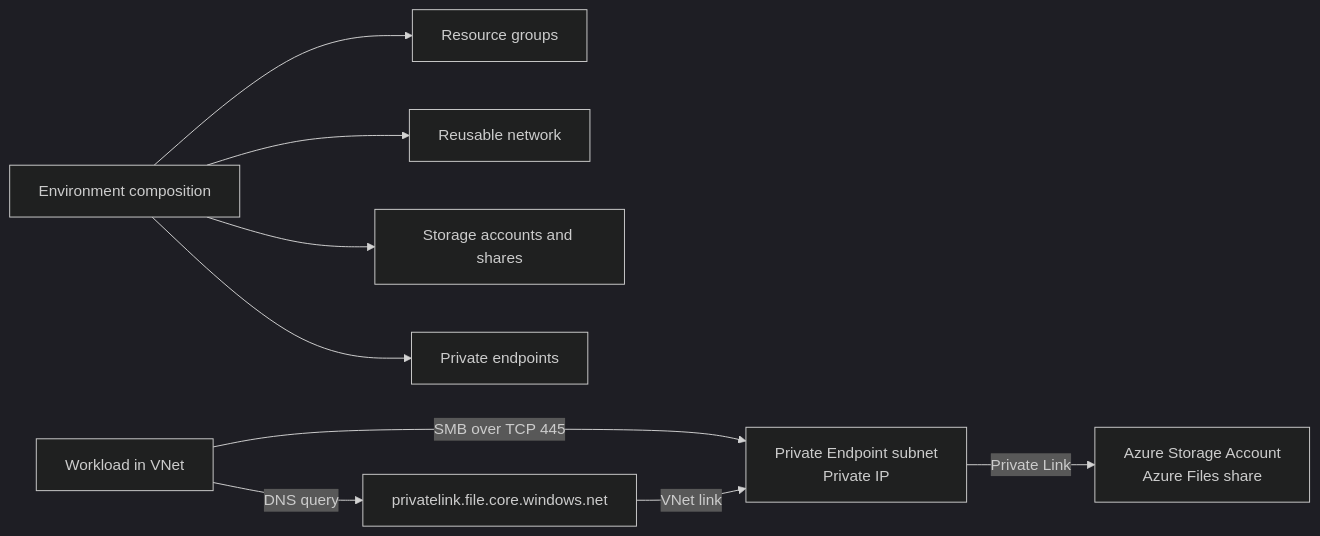
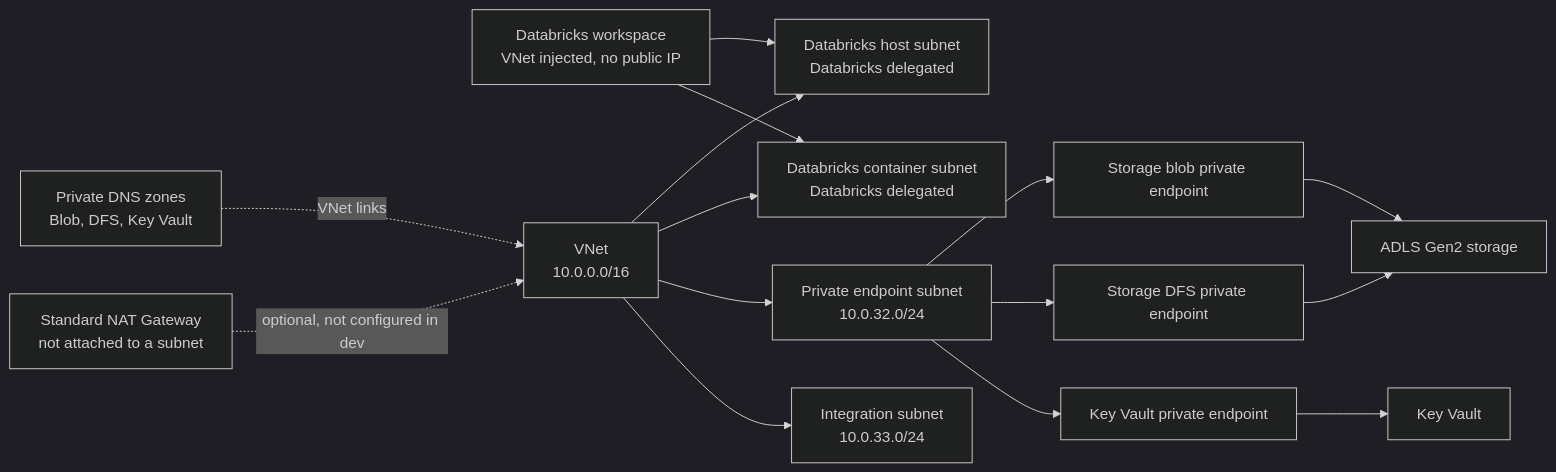
Before and after one commit to Nousvia-Health/Infrastructure: the diagram in documents/networking.md, drawn with Mermaid (dark theme). The commit also changed other lines of this file, not shown here.

Commit message:
databrick architecture

````diff
--- a/documents/networking.md
+++ b/documents/networking.md
@@ -50,11 +28,31 @@
 ```mermaid
 flowchart LR
-	Composition[Environment composition] --> RG[Resource groups]
-	Composition --> Net[Reusable network]
-	Composition --> Storage[Storage accounts and shares]
-	Composition --> Endpoint[Private endpoints]
-	Client[Workload in VNet] -->|SMB over TCP 445| PE[Private Endpoint subnet\nPrivate IP]
-	PE -->|Private Link| Files[Azure Storage Account\nAzure Files share]
-	Client -->|DNS query| DNS[privatelink.file.core.windows.net]
-	DNS -->|VNet link| PE
+    DBX[Databricks workspace\nVNet injected, no public IP]
+    VNET[VNet\n10.0.0.0/16]
+    DBXHOST[Databricks host subnet\nDatabricks delegated]
+    DBXCONT[Databricks container subnet\nDatabricks delegated]
+    PE[Private endpoint subnet\n10.0.32.0/24]
+    INT[Integration subnet\n10.0.33.0/24]
+    BLOB[Storage blob private endpoint]
+    DFS[Storage DFS private endpoint]
+    KV[Key Vault private endpoint]
+    DNS[Private DNS zones\nBlob, DFS, Key Vault]
+    STORAGE[ADLS Gen2 storage]
+    VAULT[Key Vault]
+    NAT[Standard NAT Gateway\nnot attached to a subnet]
+
+    VNET --> DBXHOST
+    VNET --> DBXCONT
+    VNET --> PE
+    VNET --> INT
+    DBX --> DBXHOST
+    DBX --> DBXCONT
+    PE --> BLOB
+    PE --> DFS
+    PE --> KV
+    BLOB --> STORAGE
+    DFS --> STORAGE
+    KV --> VAULT
+    DNS -. VNet links .-> VNET
+    NAT -. optional, not configured in dev .-> VNET
 ```
````
